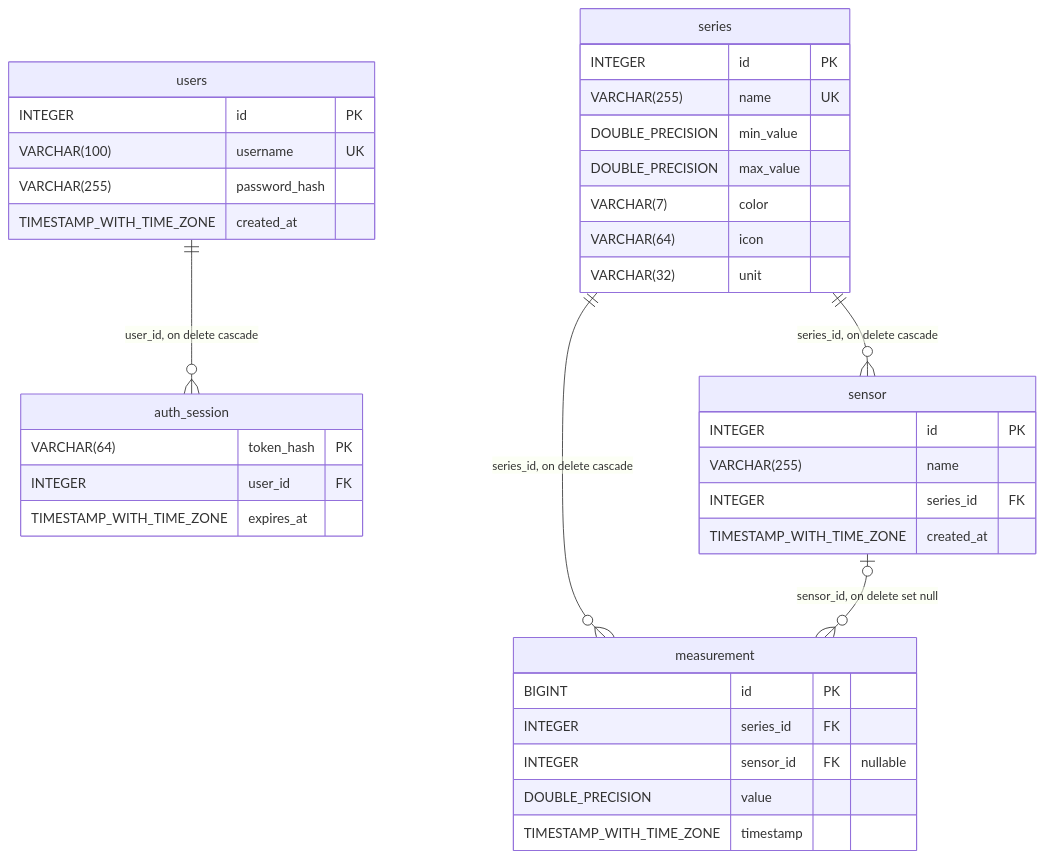
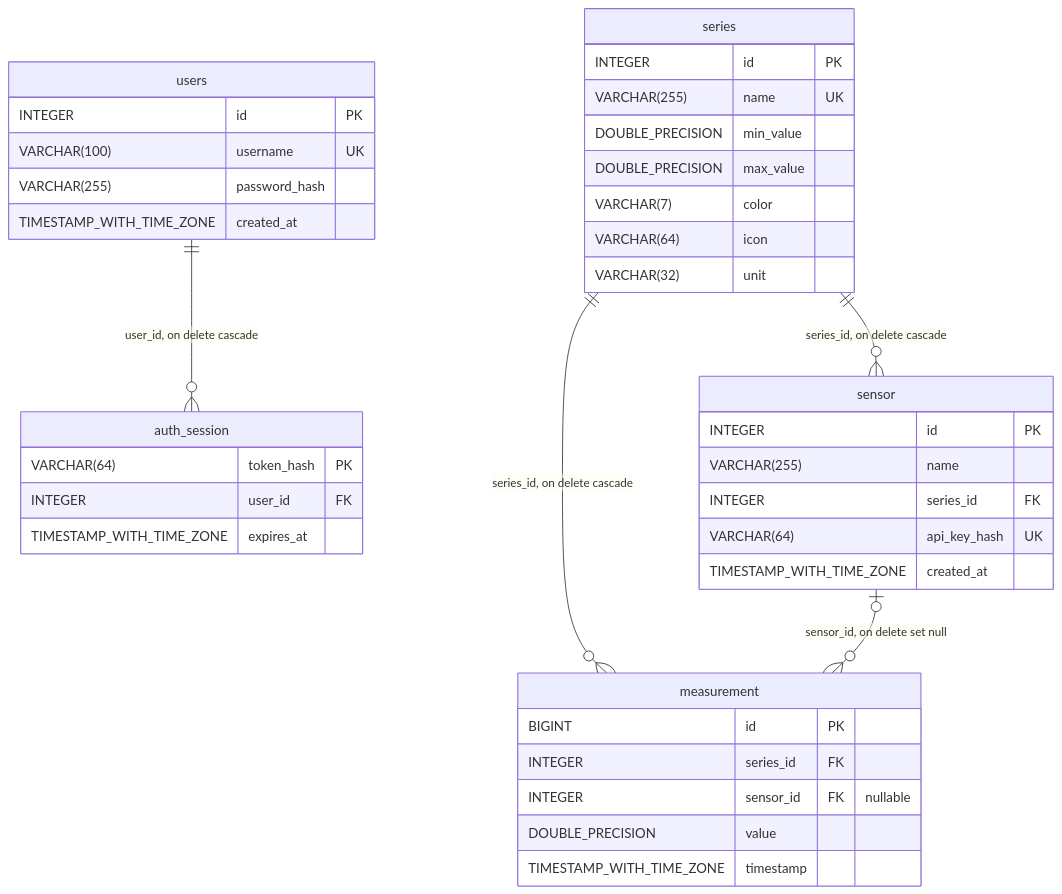
The diagram in docs/database.mmd (BartoszSambor/solar-sensors), drawn with Mermaid before and after one commit. The commit also changed 23 other files, not shown here.

```diff
--- a/docs/database.mmd
+++ b/docs/database.mmd
@@ -1,39 +1,40 @@
 erDiagram
     %% Generated by backend/scripts/er_diagram.py - do not edit by hand.
     users ||--o{ auth_session : "user_id, on delete cascade"
     series ||--o{ measurement : "series_id, on delete cascade"
     sensor |o--o{ measurement : "sensor_id, on delete set null"
     series ||--o{ sensor : "series_id, on delete cascade"
     auth_session {
         VARCHAR(64) token_hash PK
         INTEGER user_id FK
         TIMESTAMP_WITH_TIME_ZONE expires_at
     }
     measurement {
         BIGINT id PK
         INTEGER series_id FK
         INTEGER sensor_id FK "nullable"
         DOUBLE_PRECISION value
         TIMESTAMP_WITH_TIME_ZONE timestamp
     }
     sensor {
         INTEGER id PK
         VARCHAR(255) name
         INTEGER series_id FK
+        VARCHAR(64) api_key_hash UK
         TIMESTAMP_WITH_TIME_ZONE created_at
     }
     series {
         INTEGER id PK
         VARCHAR(255) name UK
         DOUBLE_PRECISION min_value
         DOUBLE_PRECISION max_value
         VARCHAR(7) color
         VARCHAR(64) icon
         VARCHAR(32) unit
     }
     users {
         INTEGER id PK
         VARCHAR(100) username UK
         VARCHAR(255) password_hash
         TIMESTAMP_WITH_TIME_ZONE created_at
     }
```
